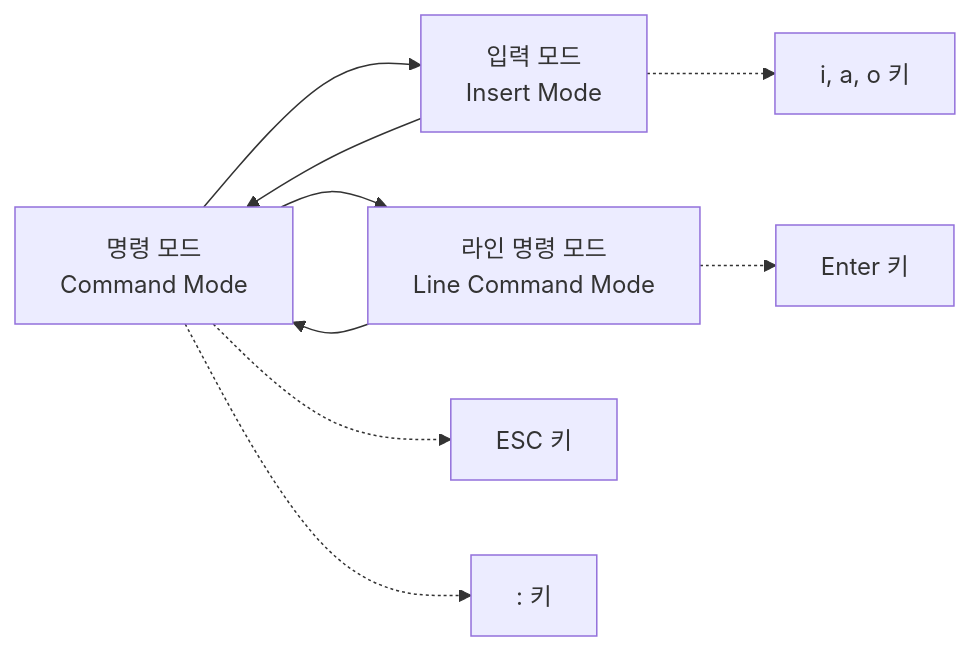
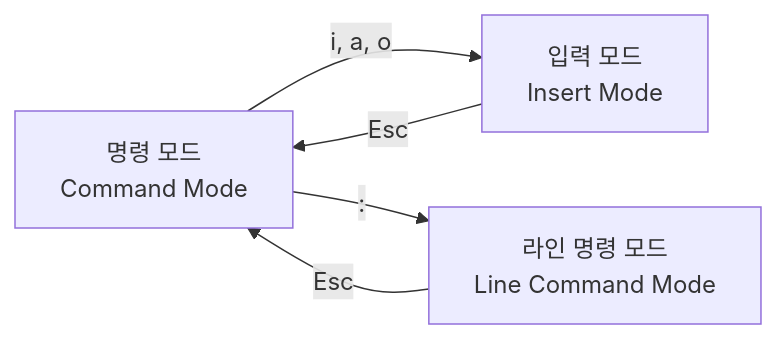
The diagram in _posts/02.운영체제/linux/2022-09-04-Ubuntu-(3)VI에디터-기본사용방법.md (leekh4232/hossam-blog), drawn with Mermaid before and after one commit. The commit also changed other lines of this file and 561 other files, not shown here.

````diff
--- a/_posts/02.운영체제/linux/2022-09-04-Ubuntu-(3)VI에디터-기본사용방법.md
+++ b/_posts/02.운영체제/linux/2022-09-04-Ubuntu-(3)VI에디터-기본사용방법.md
@@ -96,12 +52,7 @@
 ```mermaid
 graph LR
-    A[명령 모드<br>Command Mode] --> B[입력 모드<br>Insert Mode]
-    B --> A
-    A --> C[라인 명령 모드<br>Line Command Mode]
-    C --> A
-
-    B -.-> D[i, a, o 키]
-    A -.-> E[ESC 키]
-    A -.-> F[: 키]
-    C -.-> G[Enter 키]
+    A[명령 모드<br>Command Mode] -->|i, a, o| B[입력 모드<br>Insert Mode]
+    B -->|Esc| A
+    A -->|:| C[라인 명령 모드<br>Line Command Mode]
+    C -->|Esc| A
 ```
````
